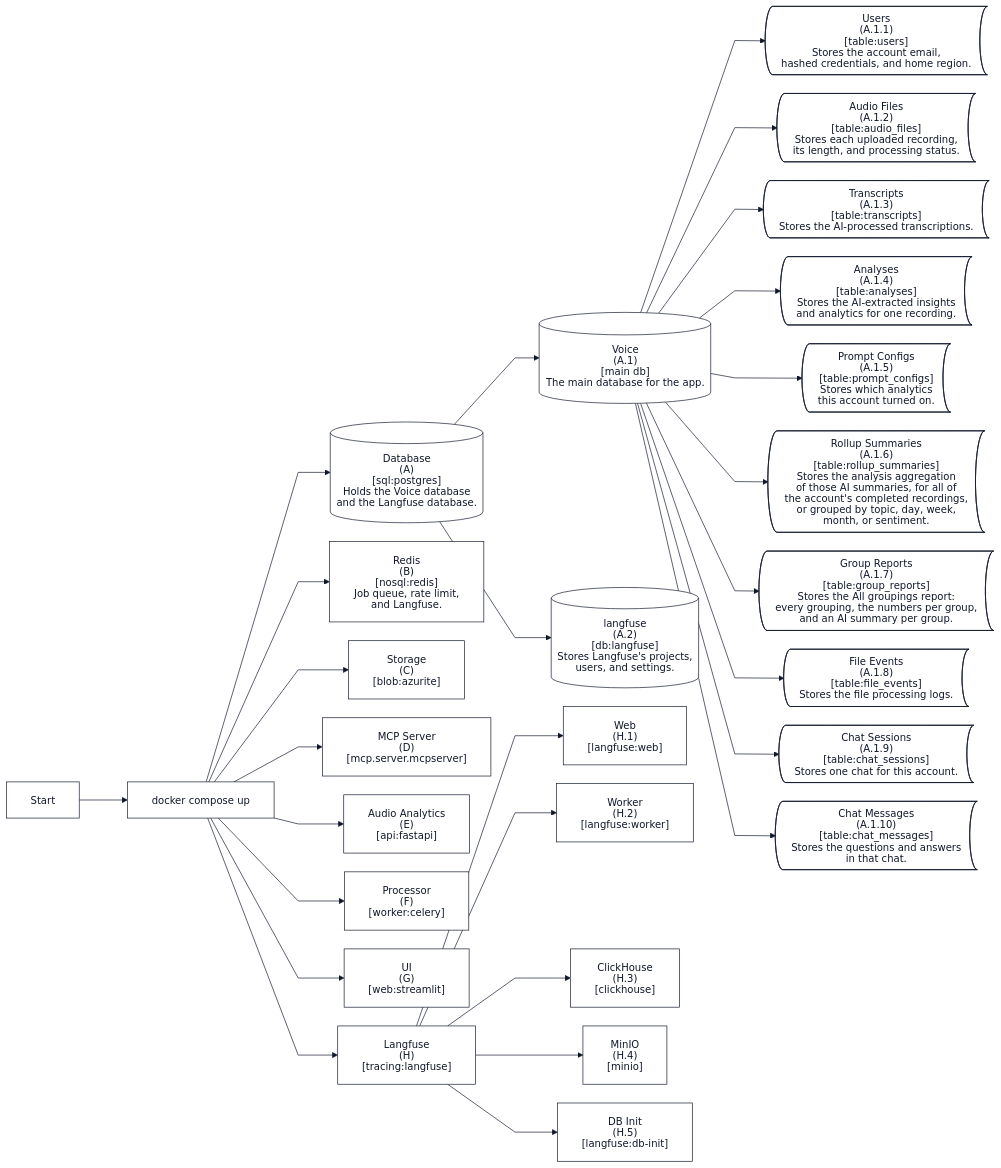
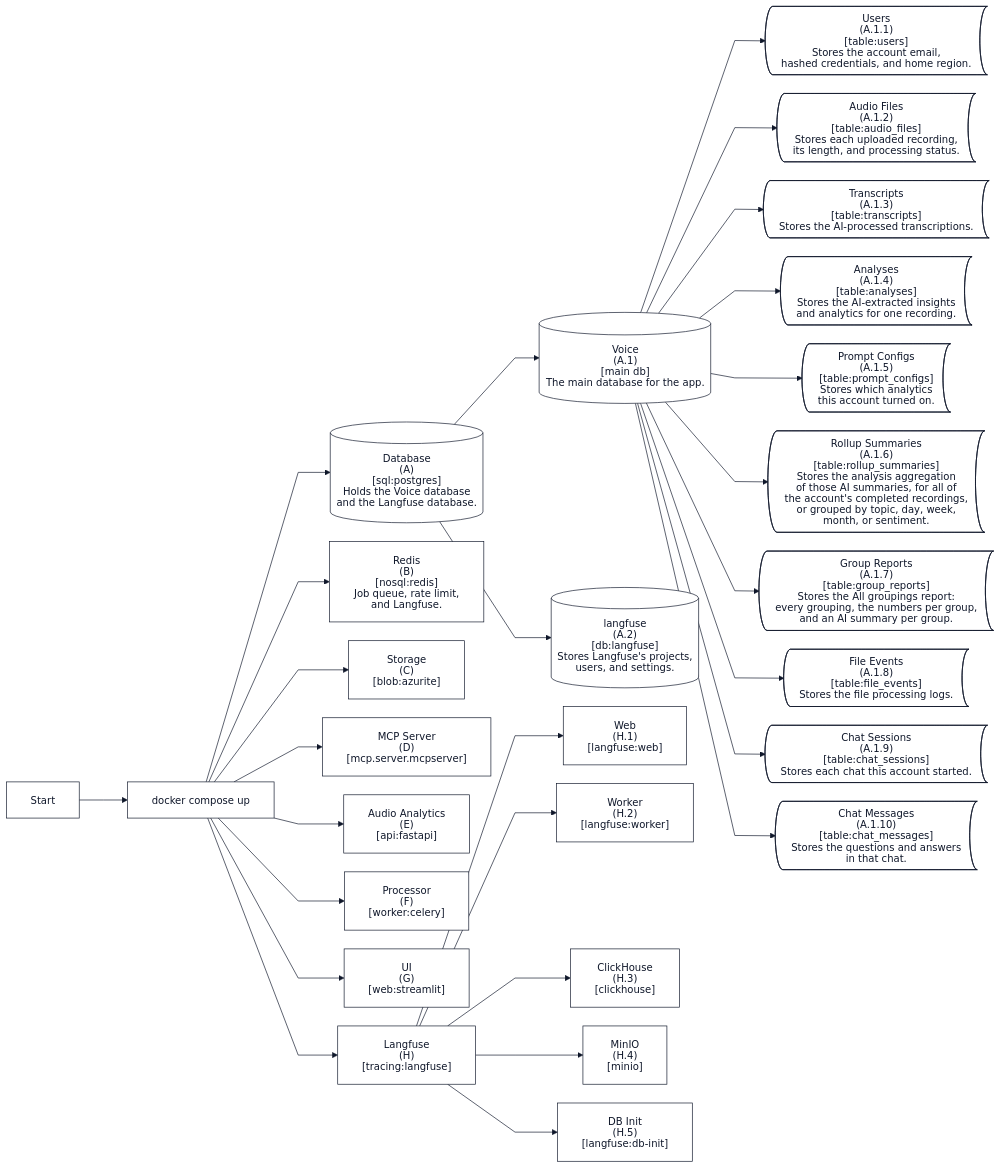
The second of 5 diagrams in docs/architecture.md (highprincezero/wn-voice-analytics), drawn with Mermaid before and after one commit. The commit also changed 3 other files, not shown here.

```diff
--- a/docs/architecture.md
+++ b/docs/architecture.md
@@ -151,7 +151,7 @@
   voiceDb --> tblChatSessions@{ shape: bow-rect, label: "Chat Sessions
 (A.1.9)
 [table:chat_sessions]
-Stores one chat for this account." }
+Stores each chat this account started." }
   voiceDb --> tblChatMessages@{ shape: bow-rect, label: "Chat Messages
 (A.1.10)
 [table:chat_messages]
```
